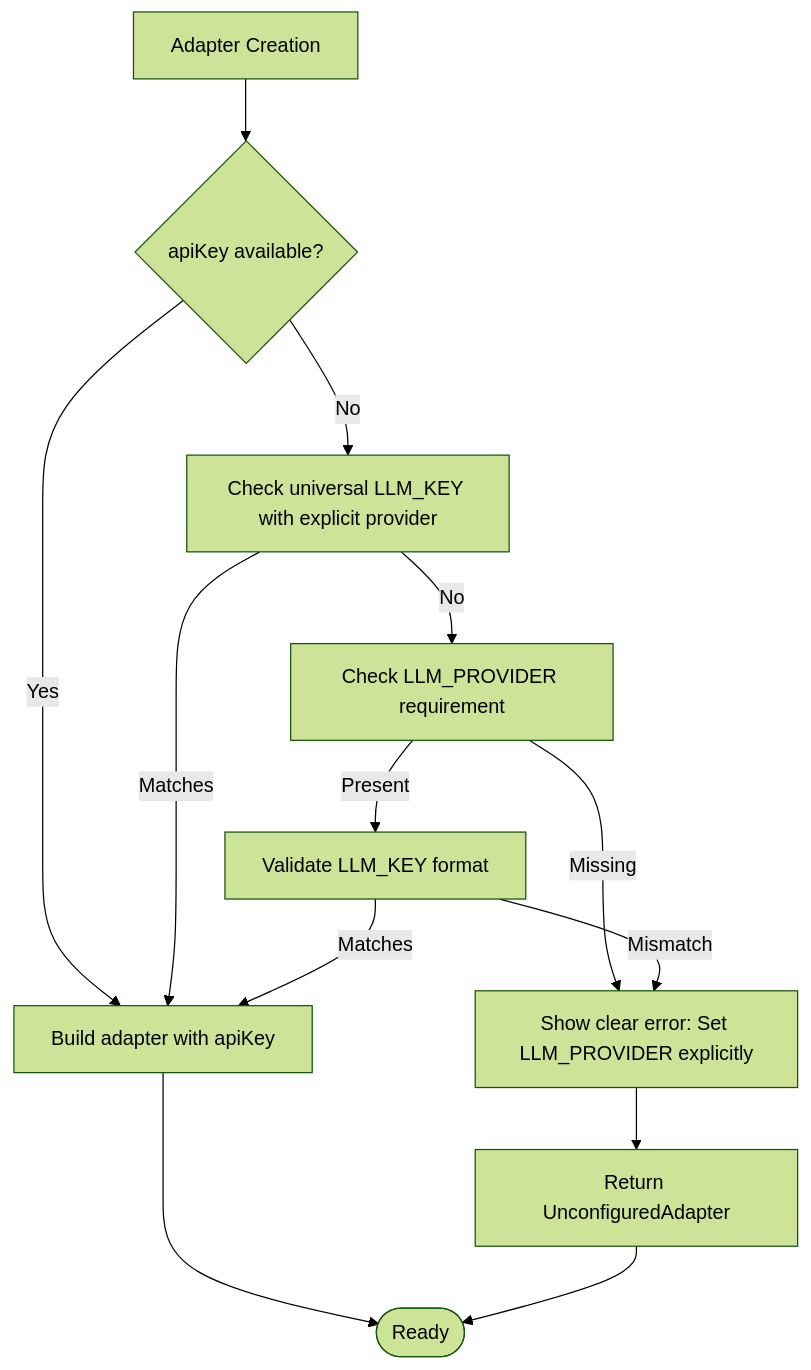
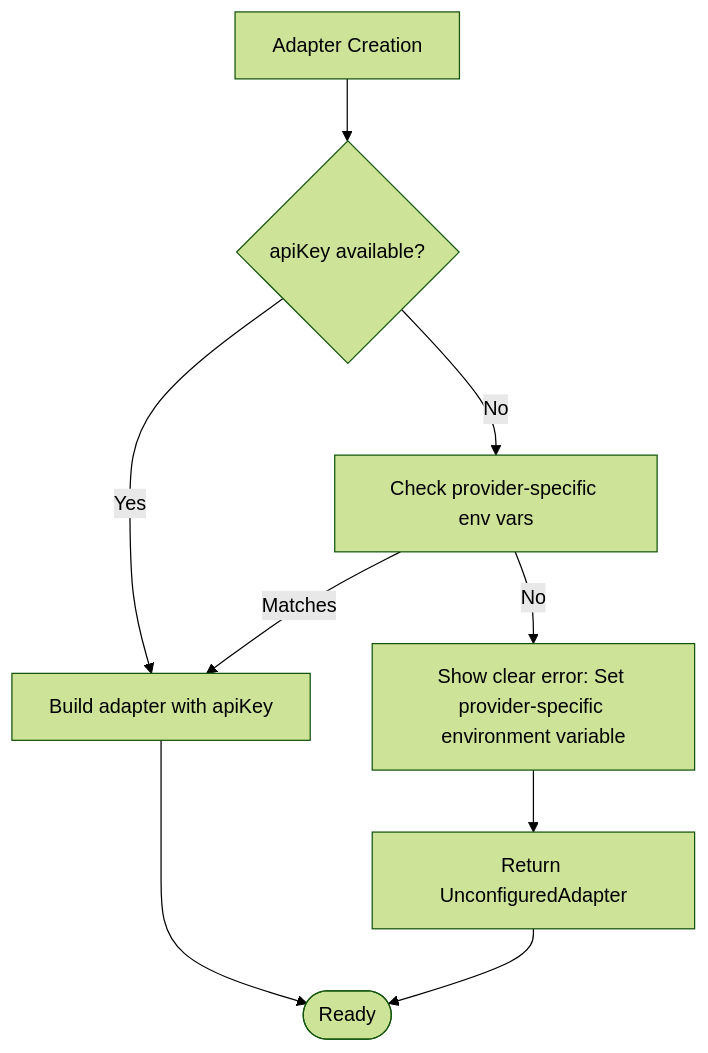
Before and after one commit to shekhargiri005-dotcom/AI-powered-accessibility-first-UI-engine: the tenth of 11 diagrams in .qoder/repowiki/en/content/AI Generation Engine/AI Provider Adapters/Configuration & Authentication Management.md, drawn with Mermaid (forest theme). The commit also changed other lines of this file and 71 other files, not shown here.

````diff
--- a/.qoder/repowiki/en/content/AI Generation Engine/AI Provider Adapters/Configuration & Authentication Management.md
+++ b/.qoder/repowiki/en/content/AI Generation Engine/AI Provider Adapters/Configuration & Authentication Management.md
@@ -411,15 +390,11 @@
 ```mermaid
 flowchart TD
 A["Adapter Creation"] --> CheckKey{"apiKey available?"}
 CheckKey --> |Yes| Build["Build adapter with apiKey"]
-CheckKey --> |No| CheckUniversal["Check universal LLM_KEY with explicit provider"]
-CheckUniversal --> |Matches| Build
-CheckUniversal --> |No| CheckExplicit["Check LLM_PROVIDER requirement"]
-CheckExplicit --> |Missing| ShowError["Show clear error: Set LLM_PROVIDER explicitly"]
-CheckExplicit --> |Present| ValidateFormat["Validate LLM_KEY format"]
-ValidateFormat --> |Matches| Build
-ValidateFormat --> |Mismatch| ShowError
+CheckKey --> |No| CheckProviderEnv["Check provider-specific env vars"]
+CheckProviderEnv --> |Matches| Build
+CheckProviderEnv --> |No| ShowError["Show clear error: Set provider-specific environment variable"]
 ShowError --> Fallback["Return UnconfiguredAdapter"]
 Build --> Done(["Ready"])
 Fallback --> Done
 ```
````
